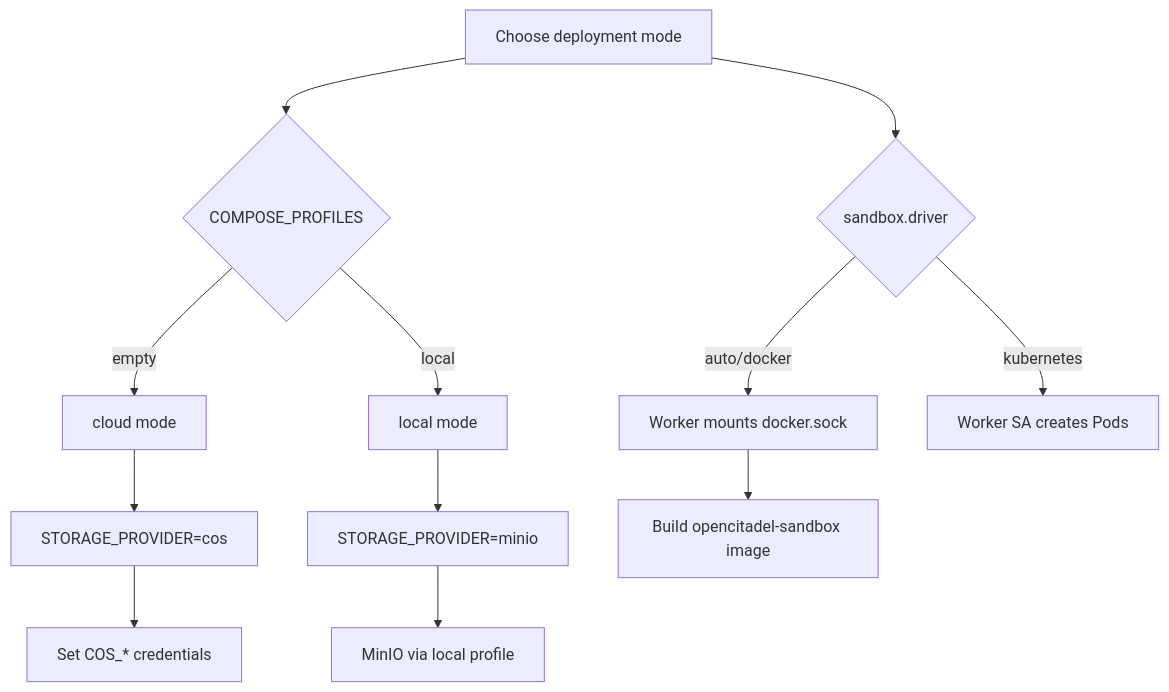
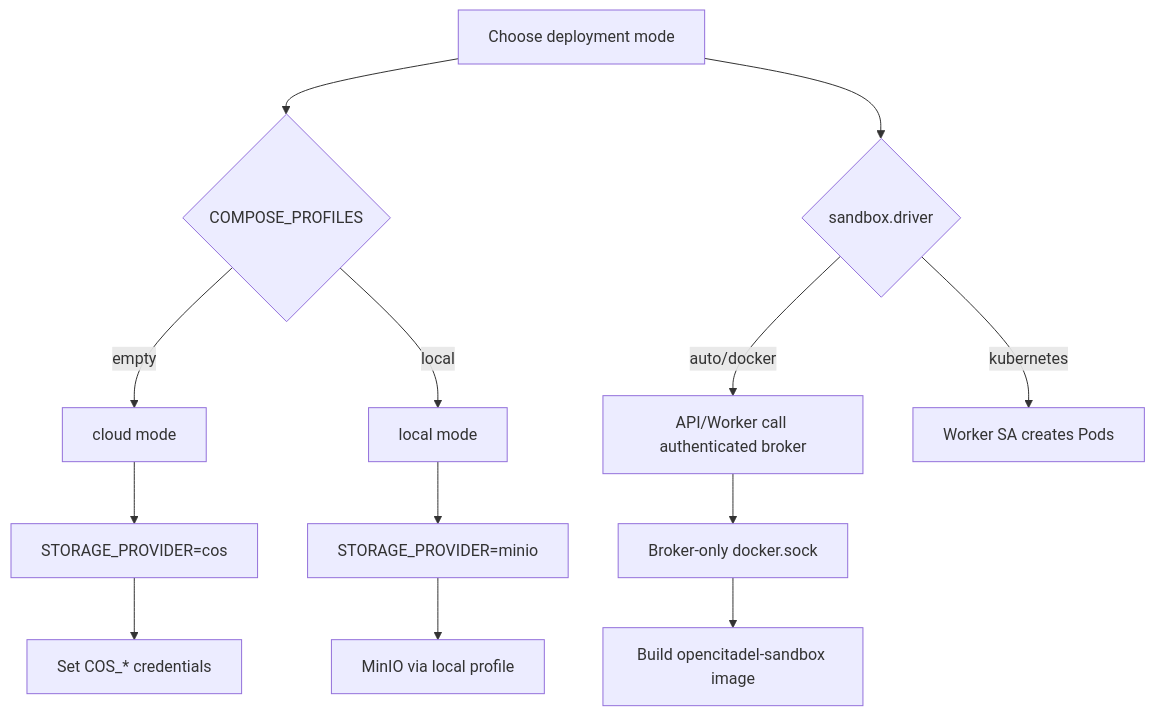
The diagram in docs/operations/deployment.md (OceaLong/opencitadel), drawn with Mermaid before and after one commit. The commit also changed other lines of this file and 207 other files, not shown here.

````diff
--- a/docs/operations/deployment.md
+++ b/docs/operations/deployment.md
@@ -126,14 +141,15 @@
 ```mermaid
 flowchart TD
   Start["Choose deployment mode"] --> Profile{"COMPOSE_PROFILES"}
   Profile -->|"empty"| Cloud["cloud mode"]
   Profile -->|"local"| Local["local mode"]
   Cloud --> Cos["STORAGE_PROVIDER=cos"]
   Local --> Minio["STORAGE_PROVIDER=minio"]
   Cos --> CosCreds["Set COS_* credentials"]
   Minio --> MinioUp["MinIO via local profile"]
   Start --> SandboxDriver{"sandbox.driver"}
-  SandboxDriver -->|"auto/docker"| DockerSock["Worker mounts docker.sock"]
+  SandboxDriver -->|"auto/docker"| Broker["API/Worker call authenticated broker"]
   SandboxDriver -->|"kubernetes"| K8sRBAC["Worker SA creates Pods"]
+  Broker --> DockerSock["Broker-only docker.sock"]
   DockerSock --> BuildImg["Build opencitadel-sandbox image"]
 ```
````
